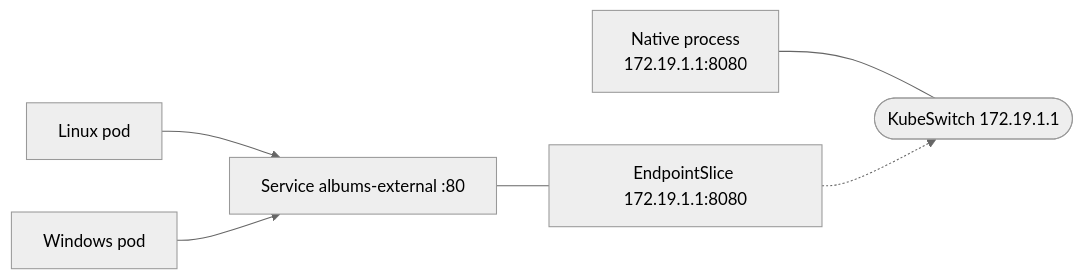
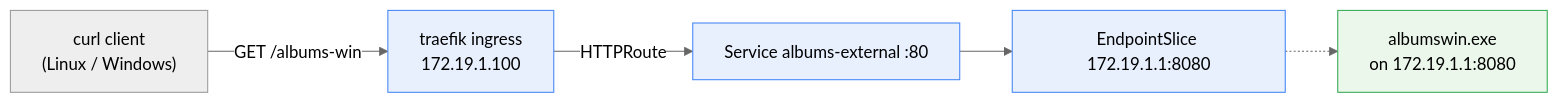
One commit to Siemens-Healthineers/K2s changed the diagram in k2s/test/e2e/cluster/hostprocess/examples/option-1-external-service/README.md. Above: the diagram before and after it, drawn with Mermaid (neutral theme). The commit also changed other lines of this file and 6 other files, not shown here.

````diff
--- a/k2s/test/e2e/cluster/hostprocess/examples/option-1-external-service/README.md
+++ b/k2s/test/e2e/cluster/hostprocess/examples/option-1-external-service/README.md
@@ -12,8 +13,11 @@
 ```mermaid
 flowchart LR
-    NP["Native process<br/>172.19.1.1:8080"] --- KS(["KubeSwitch 172.19.1.1"])
-    SVC["Service albums-external :80"] --- EP["EndpointSlice 172.19.1.1:8080"]
-    LP["Linux pod"] --> SVC
-    WP["Windows pod"] --> SVC
-    EP -.-> KS
+    C["curl client<br/>(Linux / Windows)"] -->|"GET /albums-win"| ING["traefik ingress<br/>172.19.1.100"]
+    ING -->|"HTTPRoute"| SVC["Service albums-external :80"]
+    SVC --> EP["EndpointSlice 172.19.1.1:8080"]
+    EP -.-> NP["albumswin.exe<br/>on 172.19.1.1:8080"]
+    classDef svc fill:#e8f0fe,stroke:#4285f4,color:#000;
+    classDef host fill:#eaf7ea,stroke:#34a853,color:#000;
+    class ING,SVC,EP svc;
+    class NP host;
 ```
````
